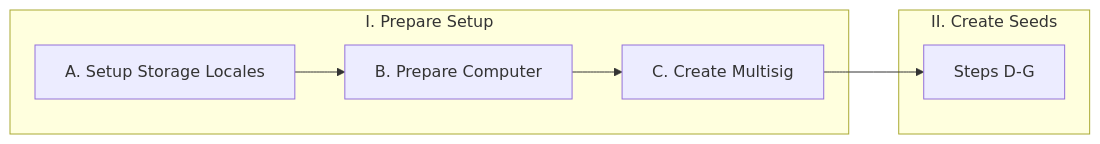
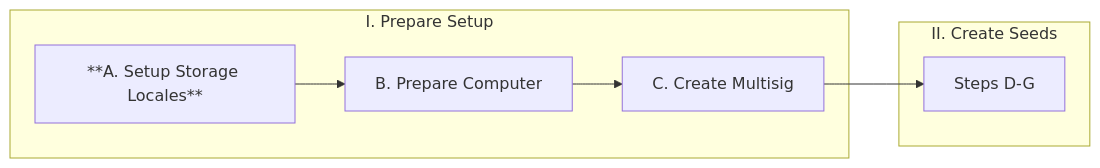
One commit to BlockchainCommons/SmartCustody changed the diagram in Docs/Scenario-Multisig.md. Above: the diagram before and after it, drawn with Mermaid.

````diff
--- a/Docs/Scenario-Multisig.md
+++ b/Docs/Scenario-Multisig.md
@@ -146,13 +146,13 @@
 ```mermaid
 graph LR;
     subgraph 1[I. Prepare Setup]
-    A[A. Setup Storage Locales]
+    A[**A. Setup Storage Locales**]
     B[B. Prepare Computer]
     C[C. Create Multisig]
     A-->B-->C
     end
     subgraph 2[II. Create Seeds]
     D[Steps D-G]
     end
     C-->D
 ```
````
